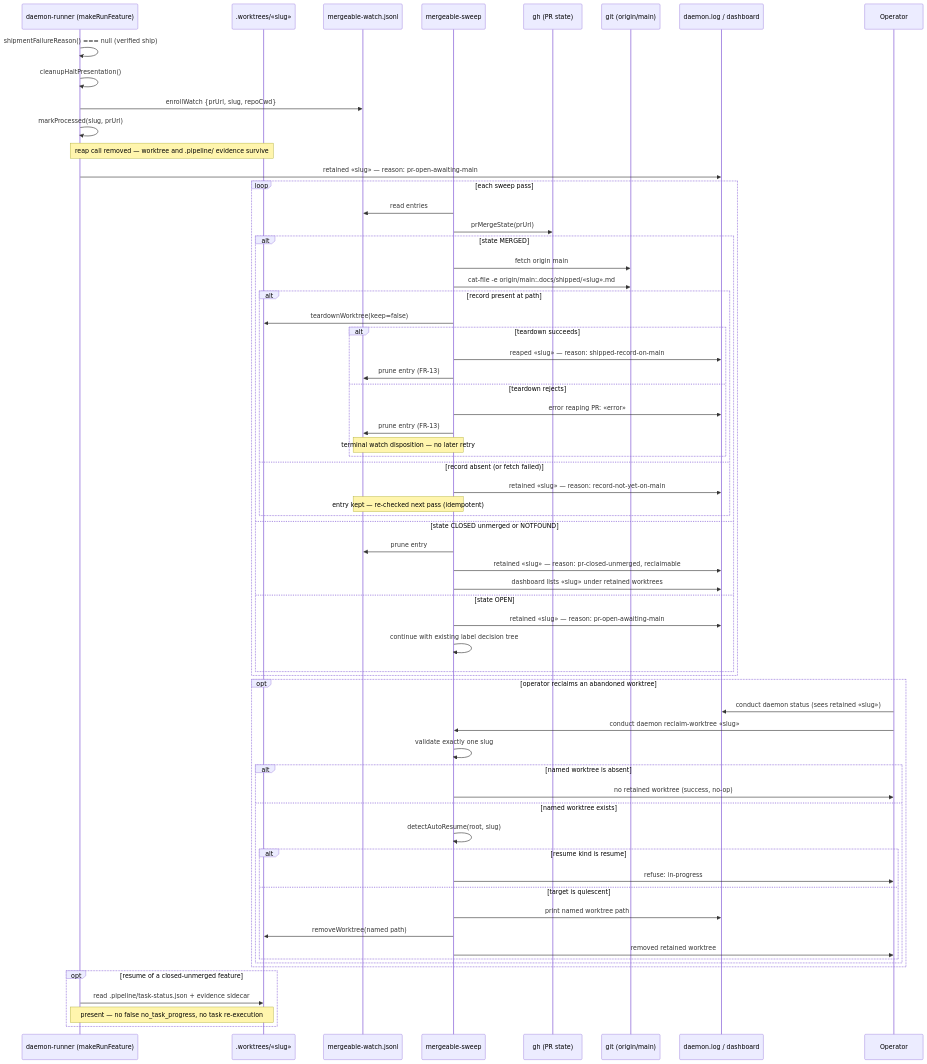
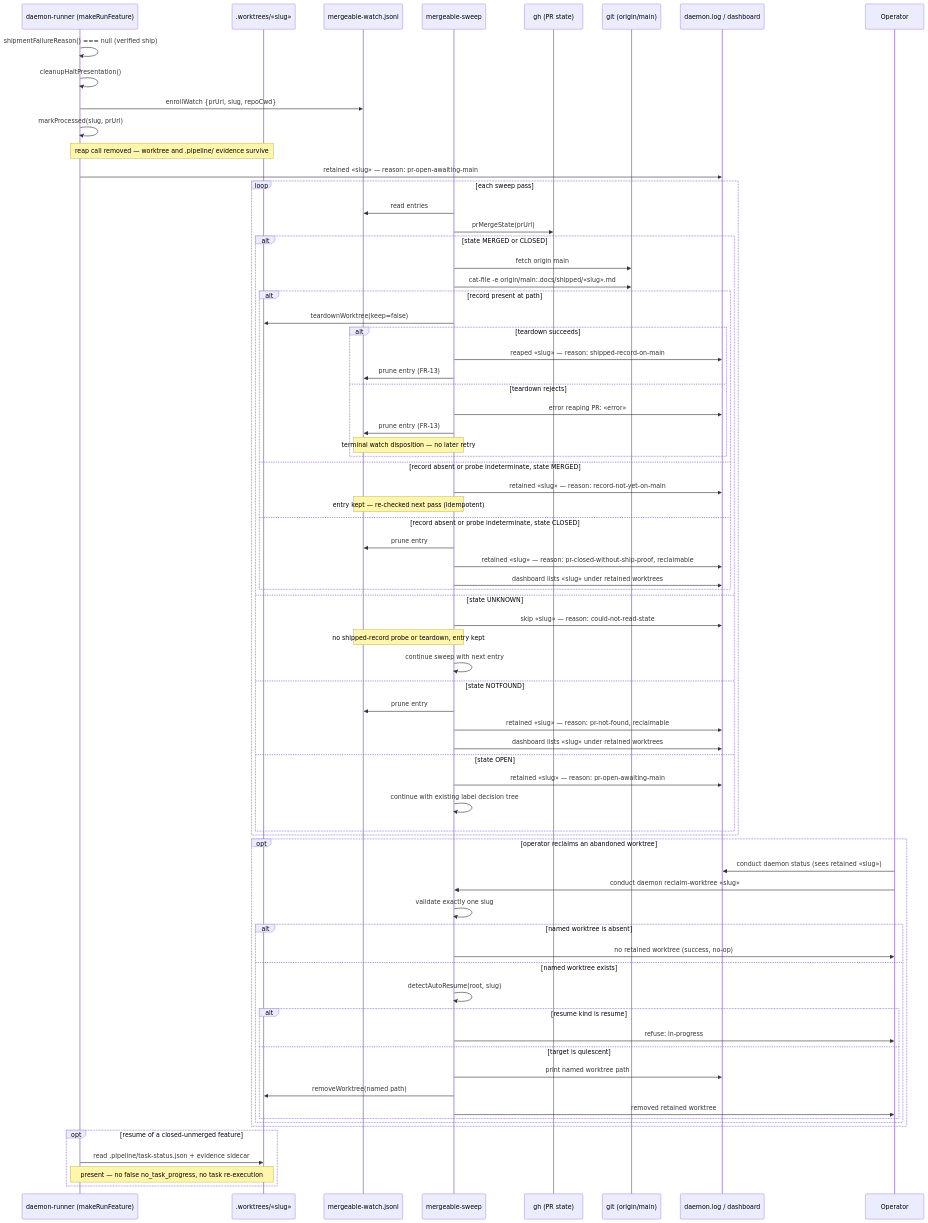
Before and after one commit to jstoup111/ai-conductor: the diagram in .docs/architecture/sequences/daemon-reaps-a-feature-worktree-at-pr-open-before-.md, drawn with Mermaid. The commit also changed other lines of this file and 1 other file, not shown here.

Commit message:
docs: update worktree reap state diagrams

````diff
--- a/.docs/architecture/sequences/daemon-reaps-a-feature-worktree-at-pr-open-before-.md
+++ b/.docs/architecture/sequences/daemon-reaps-a-feature-worktree-at-pr-open-before-.md
@@ -10,71 +10,79 @@
 ```mermaid
 sequenceDiagram
     participant R as daemon-runner (makeRunFeature)
     participant W as .worktrees/«slug»
     participant REG as mergeable-watch.jsonl
     participant S as mergeable-sweep
     participant GH as gh (PR state)
     participant G as git (origin/main)
     participant L as daemon.log / dashboard
     participant OP as Operator
 
     R->>R: shipmentFailureReason() === null (verified ship)
     R->>R: cleanupHaltPresentation()
     R->>REG: enrollWatch {prUrl, slug, repoCwd}
     R->>R: markProcessed(slug, prUrl)
     Note over R,W: reap call removed — worktree and .pipeline/ evidence survive
     R->>L: retained «slug» — reason: pr-open-awaiting-main
 
     loop each sweep pass
         S->>REG: read entries
         S->>GH: prMergeState(prUrl)
-        alt state MERGED
+        alt state MERGED or CLOSED
             S->>G: fetch origin main
             S->>G: cat-file -e origin/main:.docs/shipped/«slug».md
             alt record present at path
                 S->>W: teardownWorktree(keep=false)
                 alt teardown succeeds
                     S->>L: reaped «slug» — reason: shipped-record-on-main
                     S->>REG: prune entry (FR-13)
                 else teardown rejects
                     S->>L: error reaping PR: «error»
                     S->>REG: prune entry (FR-13)
                     Note over S,REG: terminal watch disposition — no later retry
                 end
-            else record absent (or fetch failed)
+            else record absent or probe indeterminate, state MERGED
                 S->>L: retained «slug» — reason: record-not-yet-on-main
                 Note over S,REG: entry kept — re-checked next pass (idempotent)
+            else record absent or probe indeterminate, state CLOSED
+                S->>REG: prune entry
+                S->>L: retained «slug» — reason: pr-closed-without-ship-proof, reclaimable
+                S->>L: dashboard lists «slug» under retained worktrees
             end
-        else state CLOSED unmerged or NOTFOUND
+        else state UNKNOWN
+            S->>L: skip «slug» — reason: could-not-read-state
+            Note over S,REG: no shipped-record probe or teardown, entry kept
+            S->>S: continue sweep with next entry
+        else state NOTFOUND
             S->>REG: prune entry
-            S->>L: retained «slug» — reason: pr-closed-unmerged, reclaimable
+            S->>L: retained «slug» — reason: pr-not-found, reclaimable
             S->>L: dashboard lists «slug» under retained worktrees
         else state OPEN
             S->>L: retained «slug» — reason: pr-open-awaiting-main
             S->>S: continue with existing label decision tree
         end
     end
 
     opt operator reclaims an abandoned worktree
         OP->>L: conduct daemon status (sees retained «slug»)
         OP->>S: conduct daemon reclaim-worktree «slug»
         S->>S: validate exactly one slug
         alt named worktree is absent
             S->>OP: no retained worktree (success, no-op)
         else named worktree exists
             S->>S: detectAutoResume(root, slug)
             alt resume kind is resume
                 S->>OP: refuse: in-progress
             else target is quiescent
                 S->>L: print named worktree path
                 S->>W: removeWorktree(named path)
                 S->>OP: removed retained worktree
             end
         end
     end
 
     opt resume of a closed-unmerged feature
         R->>W: read .pipeline/task-status.json + evidence sidecar
         Note over R,W: present — no false no_task_progress, no task re-execution
     end
 ```
````
